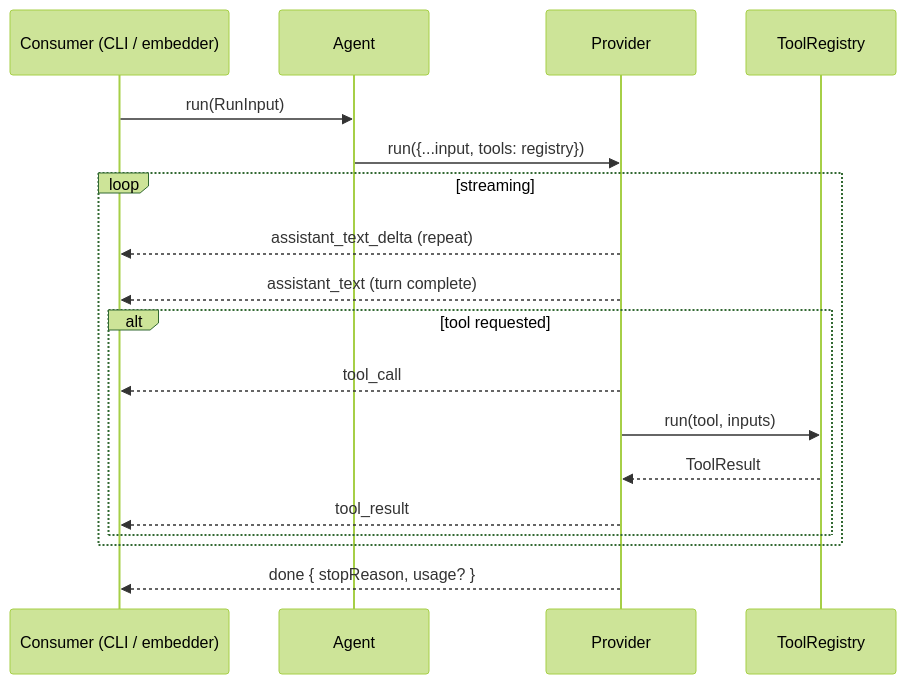
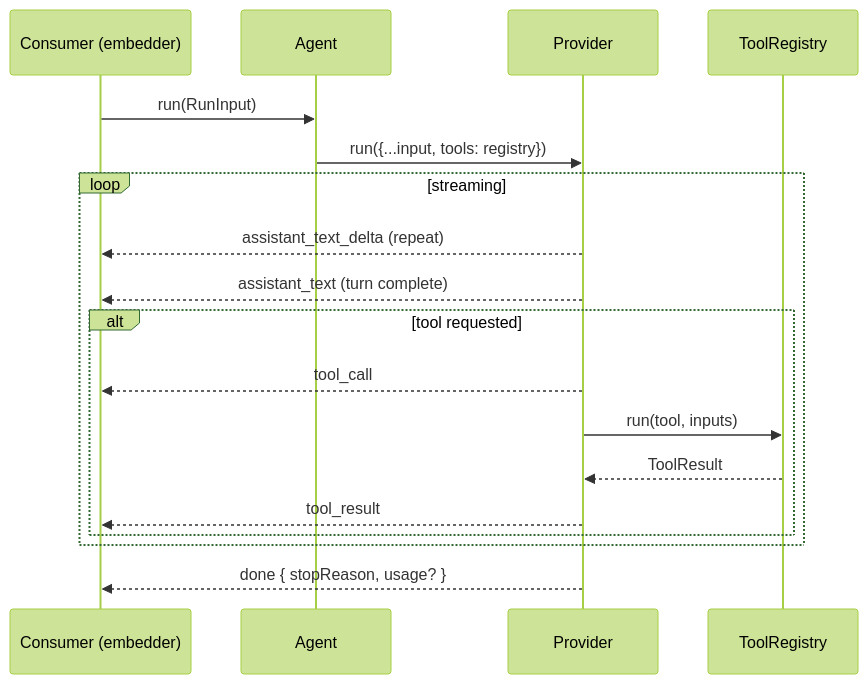
Before and after one commit to ambiently-work/agent-sdk: the second of 3 diagrams in docs/architecture.md, drawn with Mermaid (forest theme). The commit also changed other lines of this file and 10 other files, not shown here.

````diff
--- a/docs/architecture.md
+++ b/docs/architecture.md
@@ -69,21 +67,21 @@
 ```mermaid
 sequenceDiagram
-    participant C as Consumer (CLI / embedder)
+    participant C as Consumer (embedder)
     participant A as Agent
     participant P as Provider
     participant R as ToolRegistry
 
     C->>A: run(RunInput)
     A->>P: run({...input, tools: registry})
     loop streaming
         P-->>C: assistant_text_delta (repeat)
         P-->>C: assistant_text (turn complete)
         alt tool requested
             P-->>C: tool_call
             P->>R: run(tool, inputs)
             R-->>P: ToolResult
             P-->>C: tool_result
         end
     end
     P-->>C: done { stopReason, usage? }
 ```
````
